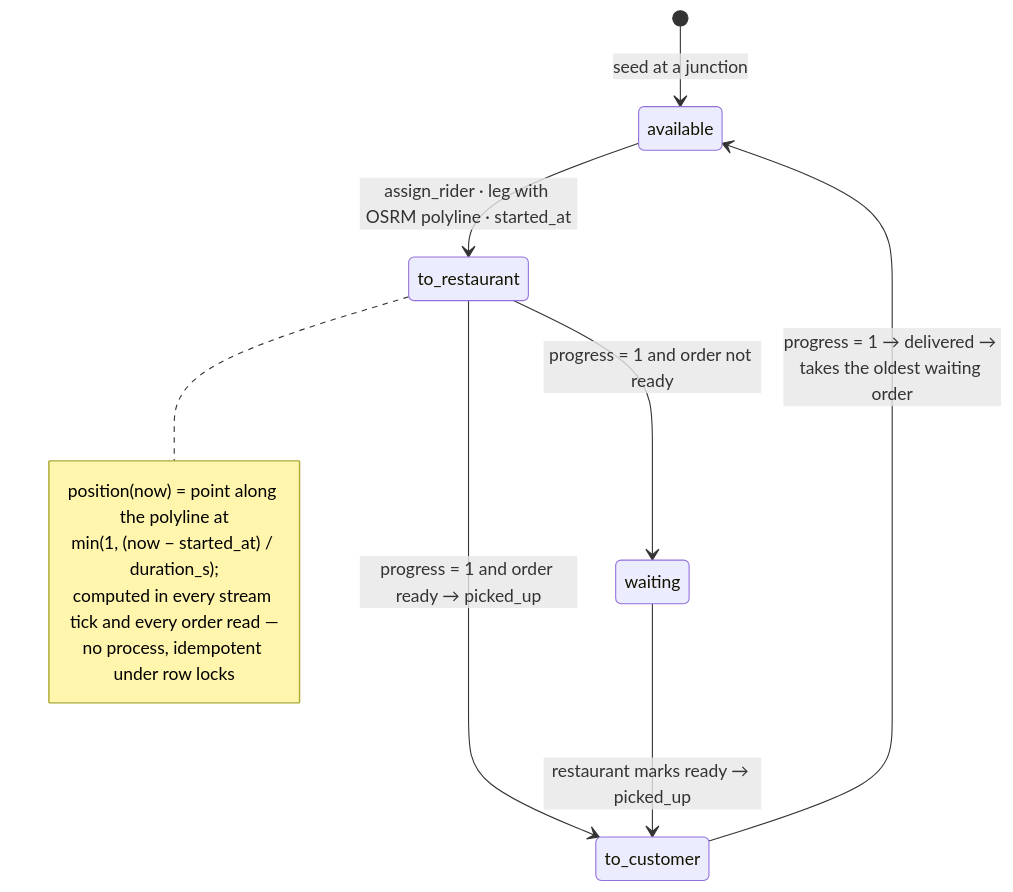
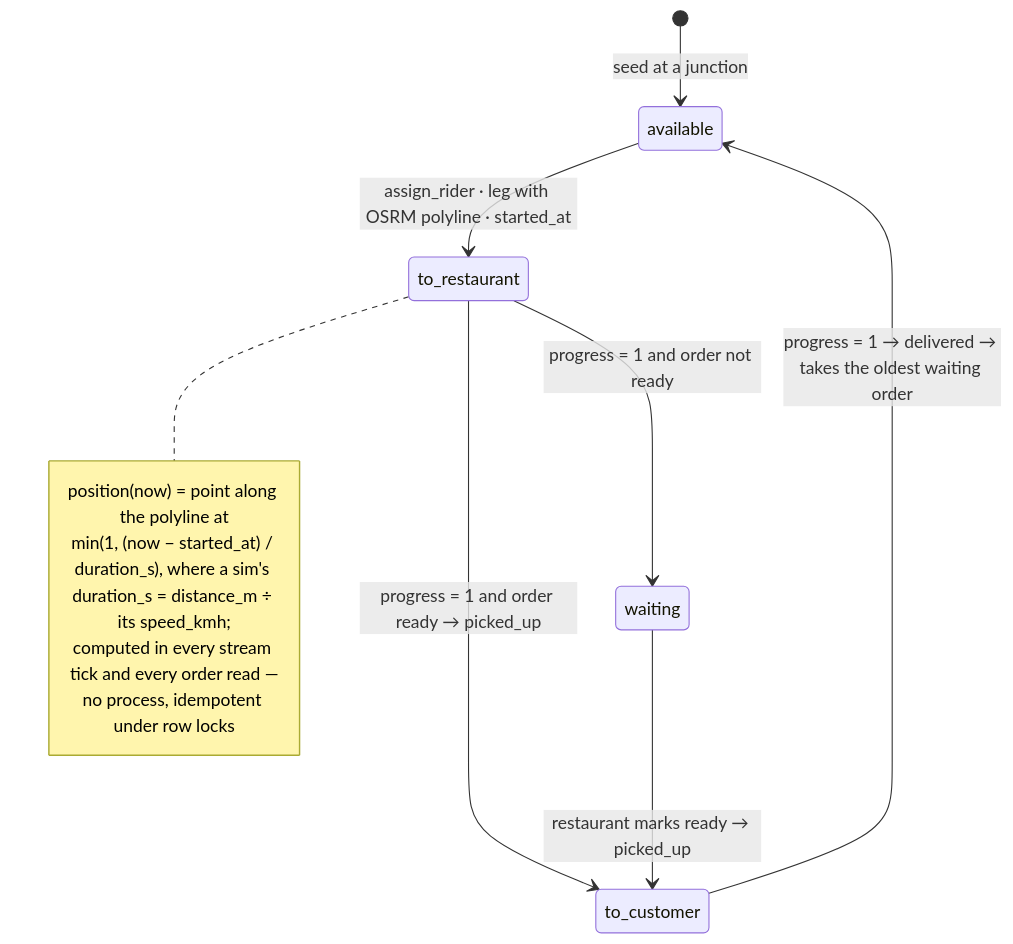
One commit to virajdomadia/platter changed the fifth of 8 diagrams in docs/03-user-flows.md. Above: the diagram before and after it, drawn with Mermaid. The commit also changed other lines of this file and 7 other files, not shown here.

Commit message:
Review fixes: commit-ordered seq, per-status timestamps, straight-line radius rule, sim speed, server recorded_at, mermaid labels, route paths, README roles

````diff
--- a/docs/03-user-flows.md
+++ b/docs/03-user-flows.md
@@ -86,15 +86,15 @@
 ```mermaid
 stateDiagram-v2
   [*] --> available: seed at a junction
   available --> to_restaurant: assign_rider · leg with OSRM polyline · started_at
   to_restaurant --> waiting: progress = 1 and order not ready
   to_restaurant --> to_customer: progress = 1 and order ready → picked_up
   waiting --> to_customer: restaurant marks ready → picked_up
   to_customer --> available: progress = 1 → delivered → takes the oldest waiting order
   note right of to_restaurant
     position(now) = point along the polyline at
-    min(1, (now − started_at) / duration_s);
+    min(1, (now − started_at) / duration_s), where a sim's duration_s = distance_m ÷ its speed_kmh;
     computed in every stream tick and every order read —
     no process, idempotent under row locks
   end note
 ```
````
